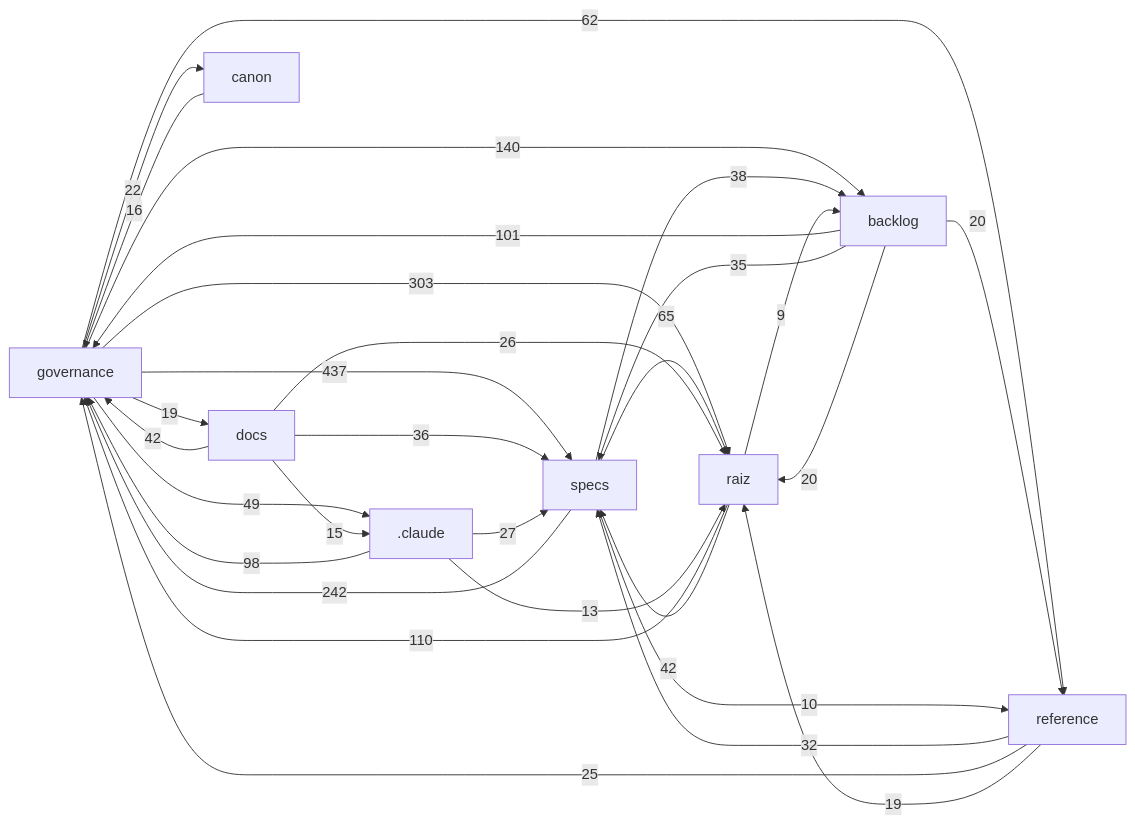
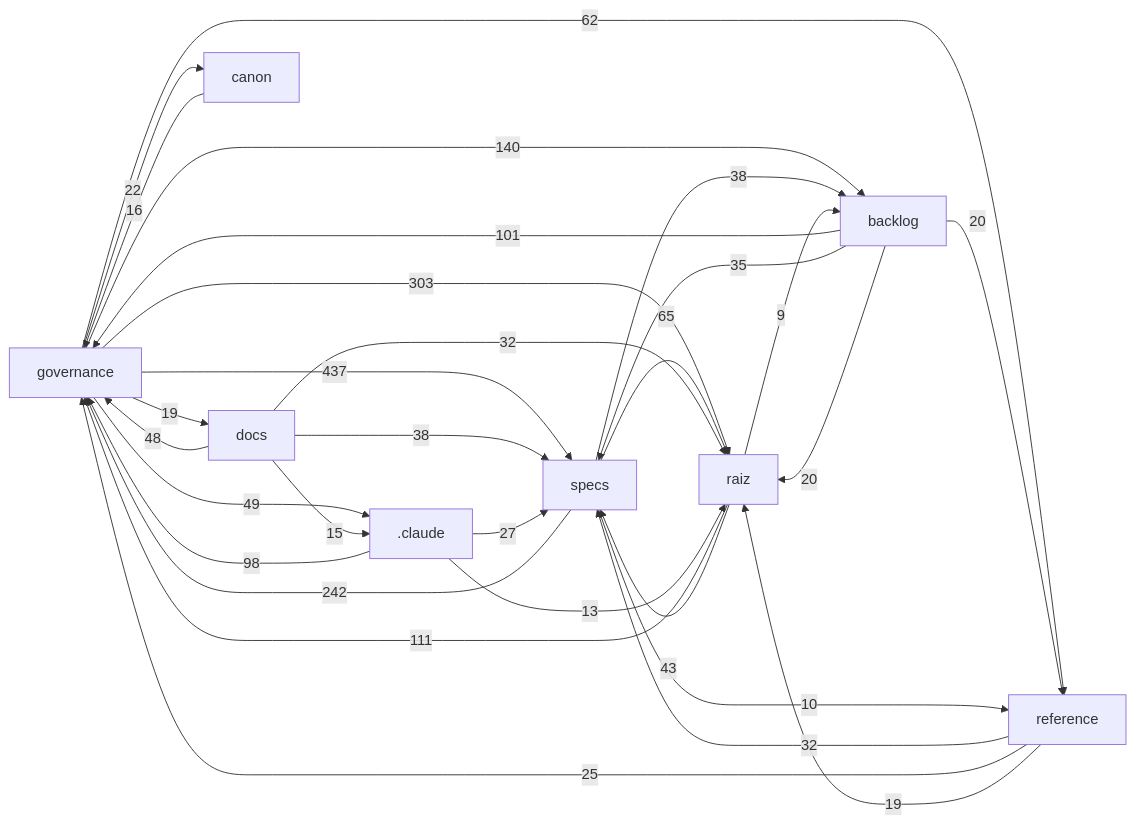
The diagram in docs/mapa/MAPA-PROJETO.md (Andraus35/Sistema-Operacional-de-Trading--SOT), drawn with Mermaid before and after one commit. The commit also changed other lines of this file and 3 other files, not shown here.

First line of the commit message:
HANDOFF HO-2026-10-17-02: correções do teste cego da Fase 1 (decisões por ponteiro ao ROADMAP; §9 detalhado)

````diff
--- a/docs/mapa/MAPA-PROJETO.md
+++ b/docs/mapa/MAPA-PROJETO.md
@@ -29,32 +29,32 @@
 ```mermaid
 flowchart LR
   governance["governance"] -->|437| specs["specs"]
   governance["governance"] -->|303| raiz["raiz"]
   specs["specs"] -->|242| governance["governance"]
   governance["governance"] -->|140| backlog["backlog"]
-  raiz["raiz"] -->|110| governance["governance"]
+  raiz["raiz"] -->|111| governance["governance"]
   backlog["backlog"] -->|101| governance["governance"]
   _claude[".claude"] -->|98| governance["governance"]
   specs["specs"] -->|65| raiz["raiz"]
   governance["governance"] -->|62| reference["reference"]
   governance["governance"] -->|49| _claude[".claude"]
-  raiz["raiz"] -->|42| specs["specs"]
-  docs["docs"] -->|42| governance["governance"]
+  docs["docs"] -->|48| governance["governance"]
+  raiz["raiz"] -->|43| specs["specs"]
+  docs["docs"] -->|38| specs["specs"]
   specs["specs"] -->|38| backlog["backlog"]
-  docs["docs"] -->|36| specs["specs"]
   backlog["backlog"] -->|35| specs["specs"]
+  docs["docs"] -->|32| raiz["raiz"]
   reference["reference"] -->|32| specs["specs"]
   _claude[".claude"] -->|27| specs["specs"]
-  docs["docs"] -->|26| raiz["raiz"]
   reference["reference"] -->|25| governance["governance"]
   governance["governance"] -->|22| canon["canon"]
   backlog["backlog"] -->|20| raiz["raiz"]
   backlog["backlog"] -->|20| reference["reference"]
   governance["governance"] -->|19| docs["docs"]
   reference["reference"] -->|19| raiz["raiz"]
   canon["canon"] -->|16| governance["governance"]
   docs["docs"] -->|15| _claude[".claude"]
   _claude[".claude"] -->|13| raiz["raiz"]
   specs["specs"] -->|10| reference["reference"]
   raiz["raiz"] -->|9| backlog["backlog"]
 ```
````
